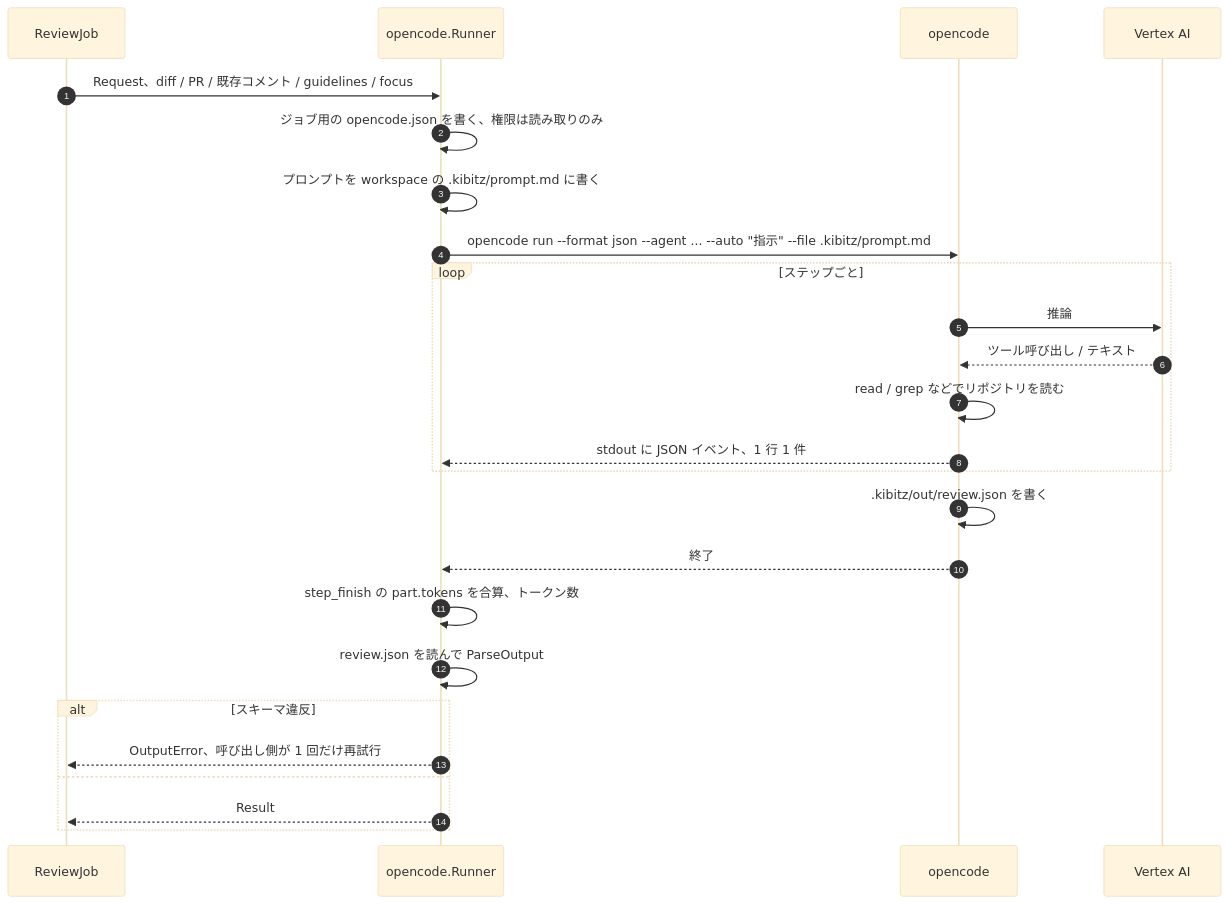
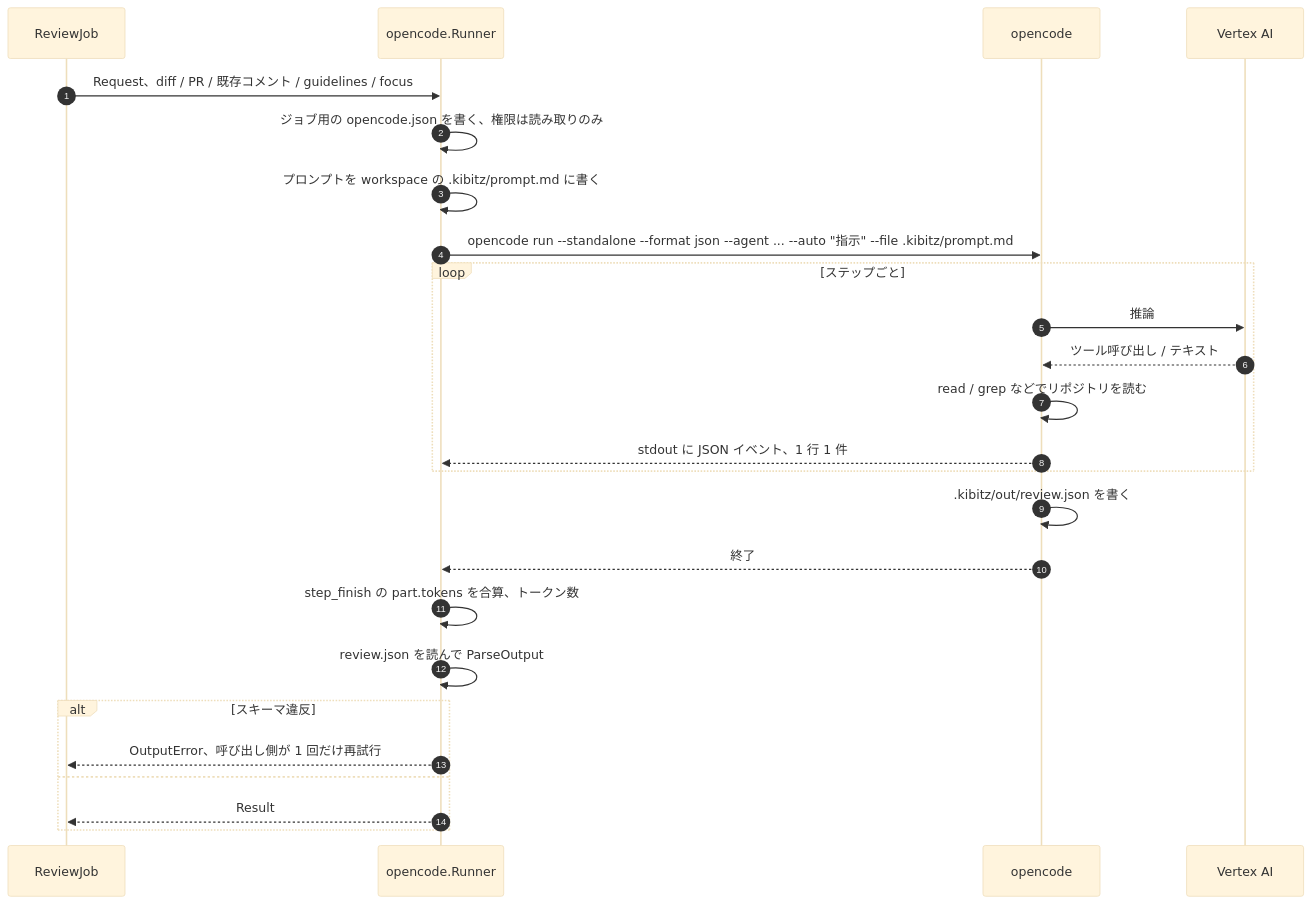
Before and after one commit to yteraoka/kibitz: the fifth of 8 diagrams in docs/review-flow.md, drawn with Mermaid (base theme). The commit also changed 22 other files, not shown here.

````diff
--- a/docs/review-flow.md
+++ b/docs/review-flow.md
@@ -270,28 +270,28 @@
 ```mermaid
 sequenceDiagram
     autonumber
     participant J as ReviewJob
     participant R as opencode.Runner
     participant CLI as opencode
     participant M as Vertex AI
 
     J->>R: Request、diff / PR / 既存コメント / guidelines / focus
     R->>R: ジョブ用の opencode.json を書く、権限は読み取りのみ
     R->>R: プロンプトを workspace の .kibitz/prompt.md に書く
-    R->>CLI: opencode run --format json --agent ... --auto "指示" --file .kibitz/prompt.md
+    R->>CLI: opencode run --standalone --format json --agent ... --auto "指示" --file .kibitz/prompt.md
     loop ステップごと
         CLI->>M: 推論
         M-->>CLI: ツール呼び出し / テキスト
         CLI->>CLI: read / grep などでリポジトリを読む
         CLI-->>R: stdout に JSON イベント、1 行 1 件
     end
     CLI->>CLI: .kibitz/out/review.json を書く
     CLI-->>R: 終了
     R->>R: step_finish の part.tokens を合算、トークン数
     R->>R: review.json を読んで ParseOutput
     alt スキーマ違反
         R-->>J: OutputError、呼び出し側が 1 回だけ再試行
     else
         R-->>J: Result
     end
 ```
````
